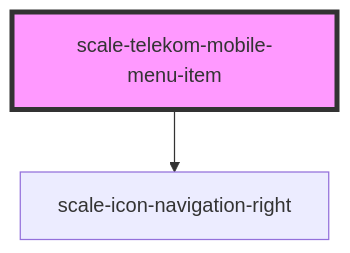
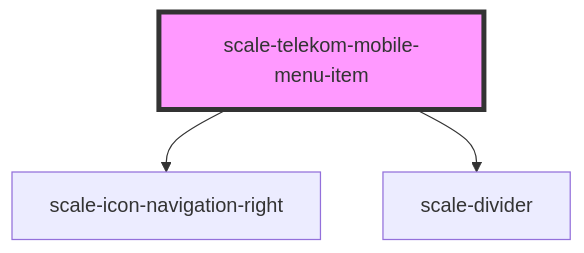
Before and after one commit to telekom/scale: the diagram in packages/components/src/components/telekom/telekom-mobile-menu-item/readme.md, drawn with Mermaid. The commit also changed other lines of this file and 1 other file, not shown here.

````diff
--- a/packages/components/src/components/telekom/telekom-mobile-menu-item/readme.md
+++ b/packages/components/src/components/telekom/telekom-mobile-menu-item/readme.md
@@ -42,5 +42,6 @@
 ```mermaid
 graph TD;
   scale-telekom-mobile-menu-item --> scale-icon-navigation-right
+  scale-telekom-mobile-menu-item --> scale-divider
   style scale-telekom-mobile-menu-item fill:#f9f,stroke:#333,stroke-width:4px
 ```
````
